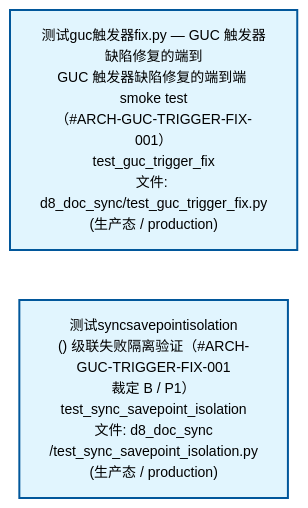
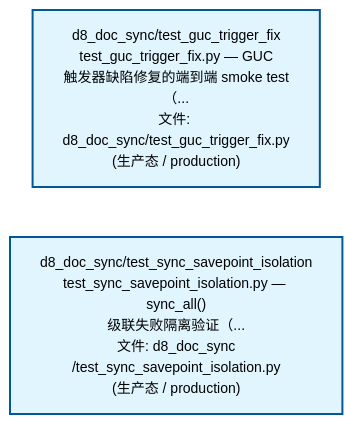
One commit to xuanFelixVan/ZephyrAlpha changed the second of 4 diagrams in docs/02_enterprise_architecture/02_domain_architecture_docs/51_d_gov_docs.md. Above: the diagram before and after it, drawn with Mermaid. The commit also changed other lines of this file and 58 other files, not shown here.

````diff
--- a/docs/02_enterprise_architecture/02_domain_architecture_docs/51_d_gov_docs.md
+++ b/docs/02_enterprise_architecture/02_domain_architecture_docs/51_d_gov_docs.md
@@ -121,12 +121,12 @@
 ```mermaid
 %%{init: {'theme': 'base', 'themeVariables': {'primaryColor': '#eaeaea', 'primaryTextColor': '#333333', 'primaryBorderColor': '#666666', 'lineColor': '#666666', 'secondaryColor': '#eaeaea', 'tertiaryColor': '#eaeaea', 'fontSize': '14px'}}}%%
 flowchart TD
-    tests_governance_d8_doc_sync_test_guc_trigger_fix_py["测试guc触发器fix.py — GUC 触发器缺陷修复的端到<br/>GUC 触发器缺陷修复的端到端 smoke test<br/>（#ARCH-GUC-TRIGGER-FIX-001）<br/>test_guc_trigger_fix<br/>文件: d8_doc_sync/test_guc_trigger_fix.py<br/>(生产态 / production)"]
-    tests_governance_d8_doc_sync_test_sync_savepoint_isolation_py["测试syncsavepointisolation<br/>() 级联失败隔离验证（#ARCH-GUC-TRIGGER-FIX-001<br/>裁定 B / P1）<br/>test_sync_savepoint_isolation<br/>文件: d8_doc_sync<br/>/test_sync_savepoint_isolation.py<br/>(生产态 / production)"]
+    tests_governance_d8_doc_sync_test_guc_trigger_fix_py["d8_doc_sync/test_guc_trigger_fix<br/>test_guc_trigger_fix.py — GUC<br/>触发器缺陷修复的端到端 smoke test（...<br/>文件: d8_doc_sync/test_guc_trigger_fix.py<br/>(生产态 / production)"]
+    tests_governance_d8_doc_sync_test_sync_savepoint_isolation_py["d8_doc_sync/test_sync_savepoint_isolation<br/>test_sync_savepoint_isolation.py — sync_all()<br/>级联失败隔离验证（...<br/>文件: d8_doc_sync<br/>/test_sync_savepoint_isolation.py<br/>(生产态 / production)"]
     tests_governance_d8_doc_sync_test_guc_trigger_fix_py ~~~ tests_governance_d8_doc_sync_test_sync_savepoint_isolation_py
     classDef production fill:#e1f5fe,stroke:#01579b,stroke-width:2px,color:#000
     classDef design fill:#fff3e0,stroke:#e65100,stroke-width:2px,color:#000,stroke-dasharray: 5 5
     classDef external_prod fill:#e8f4fd,stroke:#0277bd,stroke-width:1px,color:#000
     classDef external_design fill:#fff8e7,stroke:#ef6c00,stroke-width:1px,color:#000,stroke-dasharray: 5 5
     class tests_governance_d8_doc_sync_test_guc_trigger_fix_py,tests_governance_d8_doc_sync_test_sync_savepoint_isolation_py production
 ```
````
